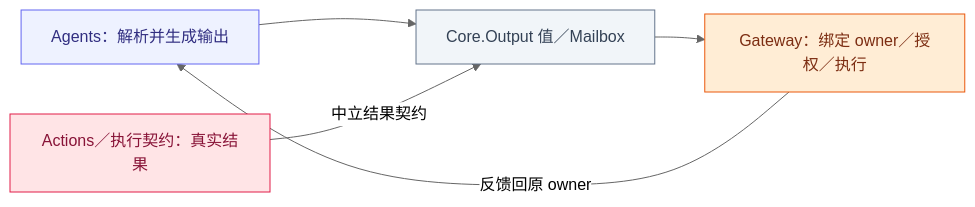
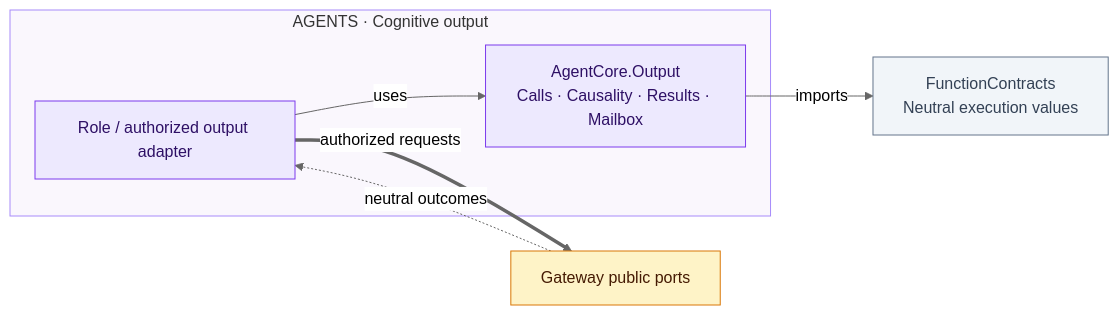
One commit to devilyouwei/MobileHarness changed the first of 2 diagrams in MobileHarness/Agents/Support/Core/Output/README.md. Above: the diagram before and after it, drawn with Mermaid (neutral theme). The commit also changed other lines of this file and 352 other files, not shown here.

````diff
--- a/MobileHarness/Agents/Support/Core/Output/README.md
+++ b/MobileHarness/Agents/Support/Core/Output/README.md
@@ -7,19 +7,17 @@
 ```mermaid
 flowchart LR
- A["Agents：解析并生成输出"]:::agent
- O["Core.Output 值／Mailbox"]:::host
- G["Gateway：绑定 owner／授权／执行"]:::gateway
- X["Actions／执行契约：真实结果"]:::action
- A --> O
- O --> G
- X -->|"中立结果契约"| O
- G -->|"反馈回原 owner"| A
- classDef ui fill:#e0f2fe,stroke:#0284c7,color:#0c4a6e
- classDef platform fill:#dcfce7,stroke:#16a34a,color:#14532d
- classDef model fill:#f3e8ff,stroke:#9333ea,color:#581c87
- classDef storage fill:#fef3c7,stroke:#d97706,color:#78350f
- classDef agent fill:#eef2ff,stroke:#6366f1,color:#312e81
- classDef gateway fill:#ffedd5,stroke:#ea580c,color:#7c2d12
- classDef action fill:#ffe4e6,stroke:#e11d48,color:#881337
- classDef host fill:#f1f5f9,stroke:#64748b,color:#334155
+    subgraph Cognition["AGENTS · Cognitive output"]
+        A["Role / authorized output adapter"]:::agent
+        O["AgentCore.Output<br/>Calls · Causality · Results · Mailbox"]:::agent
+        A -->|uses| O
+    end
+    F["FunctionContracts<br/>Neutral execution values"]:::contract
+    G["Gateway public ports"]:::gateway
+    O -->|imports| F
+    A ==>|authorized requests| G
+    G -.->|neutral outcomes| A
+    classDef agent fill:#ede9fe,stroke:#7c3aed,color:#2e1065
+    classDef gateway fill:#fef3c7,stroke:#d97706,color:#451a03
+    classDef contract fill:#f1f5f9,stroke:#64748b,color:#334155
+    style Cognition fill:#faf7fd,stroke:#a78bfa
 ```
````
